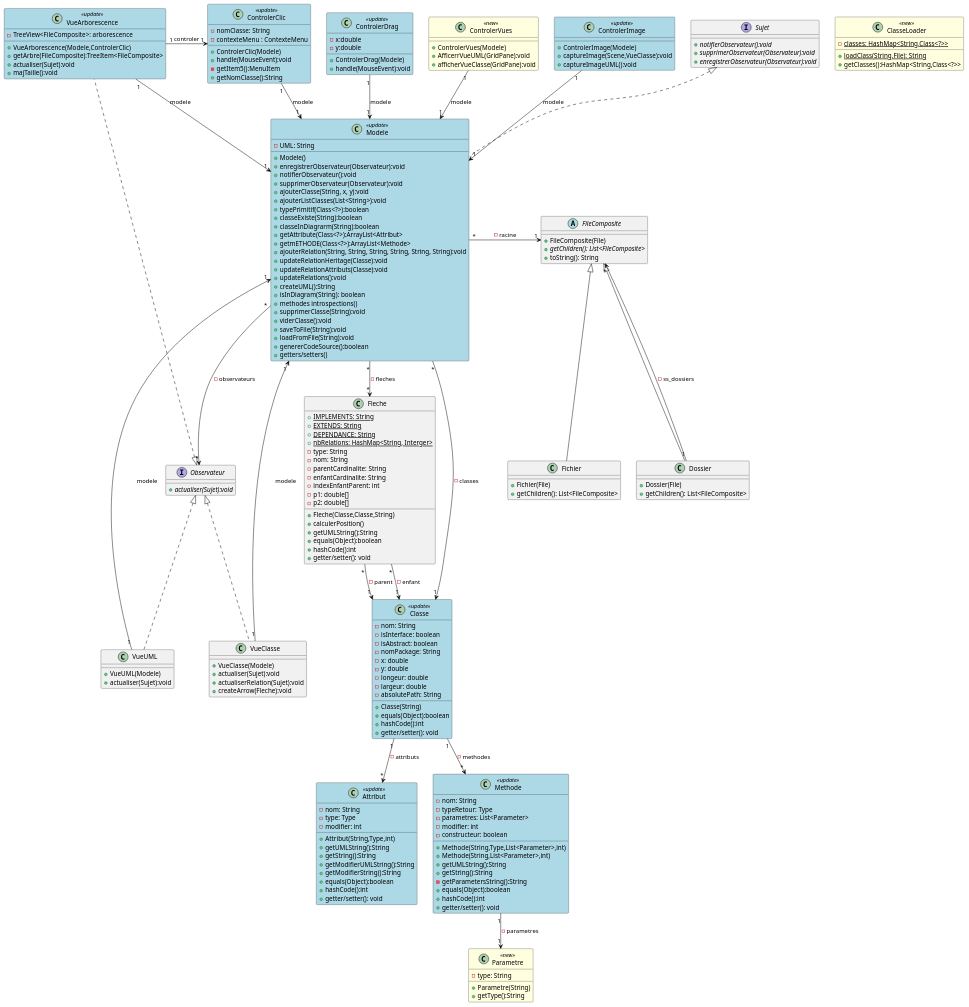
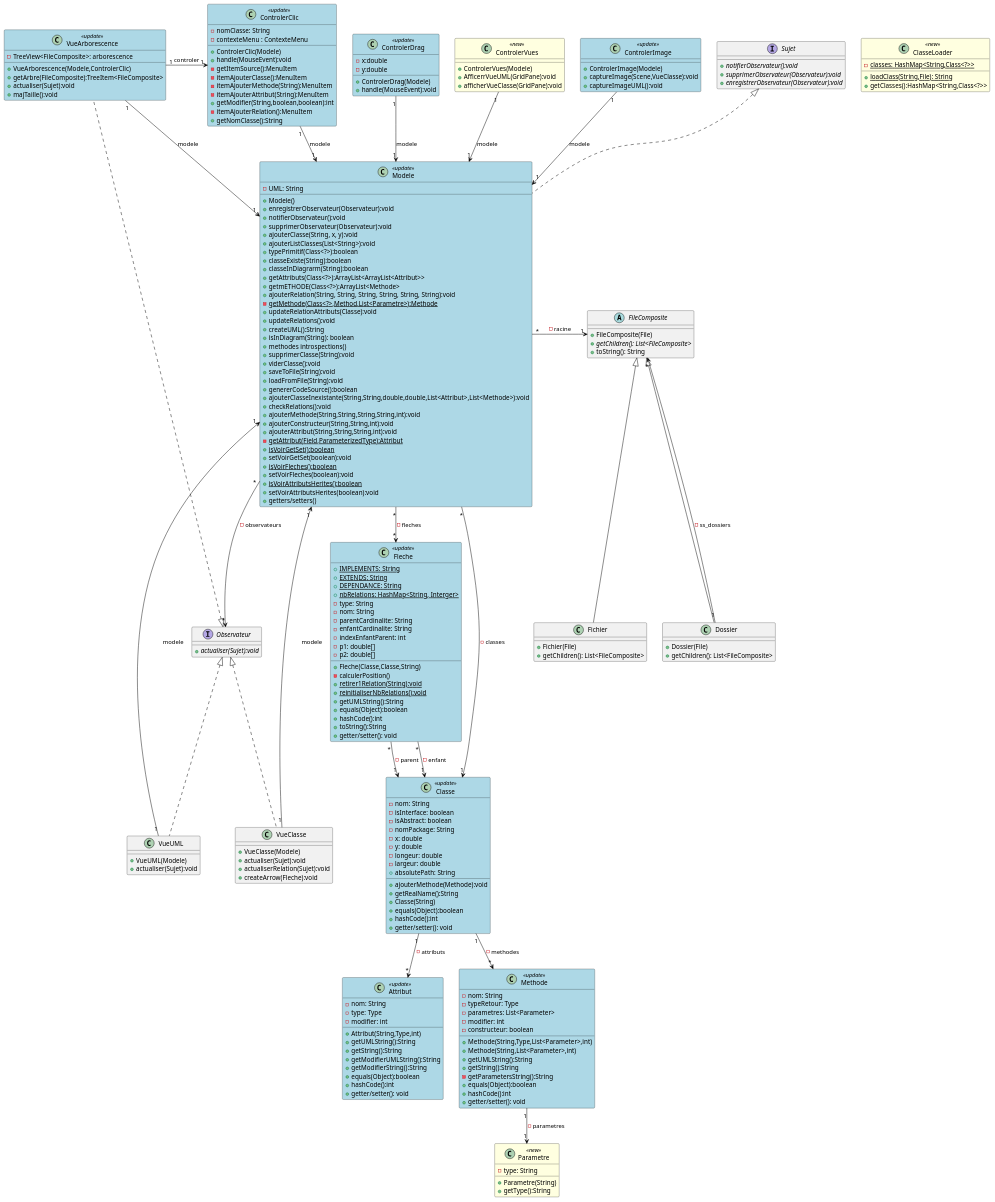
Before and after one commit to EliasKho/SAE-Plugin_JavaFx: the diagram in Documents/Iteration5/diagClasseItération5UML.puml, drawn with PlantUML.

Commit message:
Modif du diagramme de classe de l'itération 5

```diff
--- a/Documents/Iteration5/diagClasseItération5UML.puml
+++ b/Documents/Iteration5/diagClasseItération5UML.puml
@@ -53,7 +53,9 @@
     -y: double
     -longeur: double
     -largeur: double
-    -absolutePath: String
+    +ajouterMethode(Methode):void
+    +getRealName():String
+    +absolutePath: String
     +Classe(String)
     +equals(Object):boolean
     +hashCode():int
@@ -88,7 +90,7 @@
     +getType():String
 }
 
-class Fleche {
+class Fleche <<update>>{
     +{static} IMPLEMENTS: String
     +{static} EXTENDS: String
     +{static} DEPENDANCE: String
@@ -101,10 +103,13 @@
     -p1: double[]
     -p2: double[]
     +Fleche(Classe,Classe,String)
-    +calculerPosition()
+    -calculerPosition()
+    +{static} retirer1Relation(String):void
+    +{static} reinitialiserNbRelations():void
     +getUMLString():String
     +equals(Object):boolean
     +hashCode():int
+    +toString():String
     +getter/setter(): void
 }
 
@@ -120,7 +125,12 @@
     -contexteMenu : ContexteMenu
     +ControlerClic(Modele)
     +handle(MouseEvent):void
-    -getItem5():MenuItem
+    -getItemSource():MenuItem
+    -itemAjouterClasse():MenuItem
+    -itemAjouterMethode(String):MenuItem
+    -itemAjouterAttribut(String):MenuItem
+    +getModifier(String,boolean,boolean):int
+    -itemAjouterRelation():MenuItem
     +getNomClasse():String
 }
 
@@ -154,10 +164,10 @@
     +typePrimitif(Class<?>):boolean
     +classeExiste(String):boolean
     +classeInDiagrarm(String):boolean
-    +getAttribute(Class<?>):ArrayList<Attribut>
+    +getAttributs(Class<?>):ArrayList<ArrayList<Attribut>>
     +getmETHODE(Class<?>):ArrayList<Methode>
     +ajouterRelation(String, String, String, String, String, String):void
-    +updateRelationHeritage(Classe):void
+    -{static}getMethode(Class<?>,Method,List<Parametre>):Methode
     +updateRelationAttributs(Classe):void
     +updateRelations():void
     +createUML():String
@@ -168,6 +178,18 @@
     +saveToFile(String):void
     +loadFromFile(String):void
     +genererCodeSource():boolean
+    +ajouterClasseInexistante(String,String,double,double,List<Attribut>,List<Methode>):void
+    +checkRelations():void
+    +ajouterMethode(String,String,String,String,int):void
+    +ajouterConstructeur(String,String,int):void
+    +ajouterAttribut(String,String,String,int):void
+    -{static}getAttribut(Field,ParameterizedType):Attribut
+    +{static}isVoirGetSet():boolean
+    +setVoirGetSet(boolean):void
+    +{static}isVoirFleches():boolean
+    +setVoirFleches(boolean):void
+    +{static}isVoirAttributsHerites():boolean
+    +setVoirAttributsHerites(boolean):void
     +getters/setters()
 }
 
```
